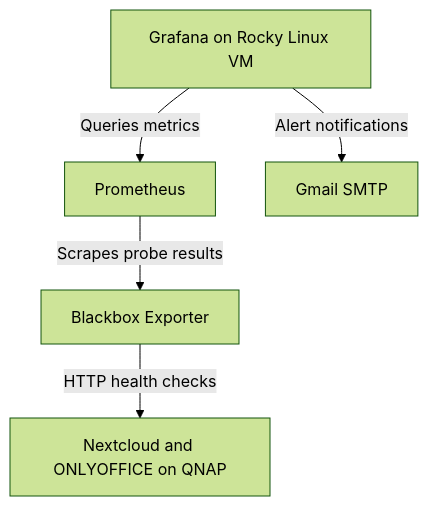
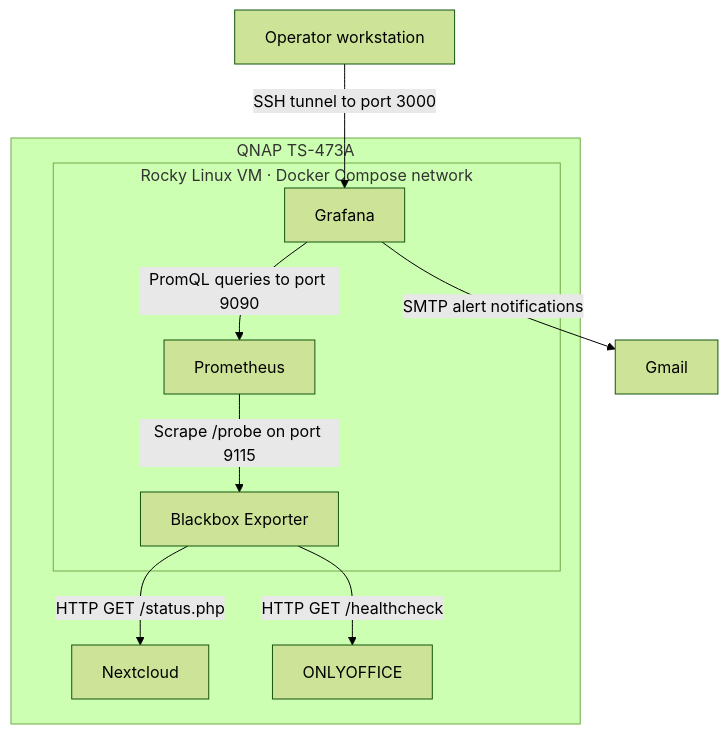
The diagram in docs/monitoring-runbook.md (FGargov/qnap-homelab-infrastructure), drawn with Mermaid (forest theme) before and after one commit. The commit also changed other lines of this file and 9 other files, not shown here.

````diff
--- a/docs/monitoring-runbook.md
+++ b/docs/monitoring-runbook.md
@@ -7,7 +13,15 @@
 ```mermaid
 flowchart TD
-    G["Grafana on Rocky Linux VM"] -->|Queries metrics| P["Prometheus"]
-    P -->|Scrapes probe results| B["Blackbox Exporter"]
-    B -->|HTTP health checks| Q["Nextcloud and ONLYOFFICE on QNAP"]
-    G -->|Alert notifications| E["Gmail SMTP"]
+    O["Operator workstation"] -->|"SSH tunnel to port 3000"| G
+
+    subgraph N["QNAP TS-473A"]
+        subgraph V["Rocky Linux VM · Docker Compose network"]
+            G["Grafana"] -->|"PromQL queries to port 9090"| P["Prometheus"]
+            P -->|"Scrape /probe on port 9115"| B["Blackbox Exporter"]
+        end
+        B -->|"HTTP GET /status.php"| NC["Nextcloud"]
+        B -->|"HTTP GET /healthcheck"| OO["ONLYOFFICE"]
+    end
+
+    G -->|"SMTP alert notifications"| M["Gmail"]
 ```
````
